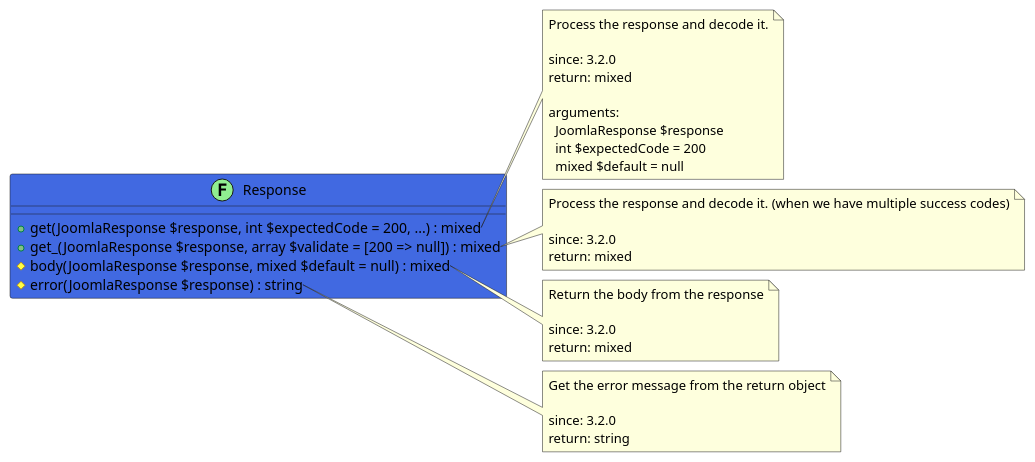
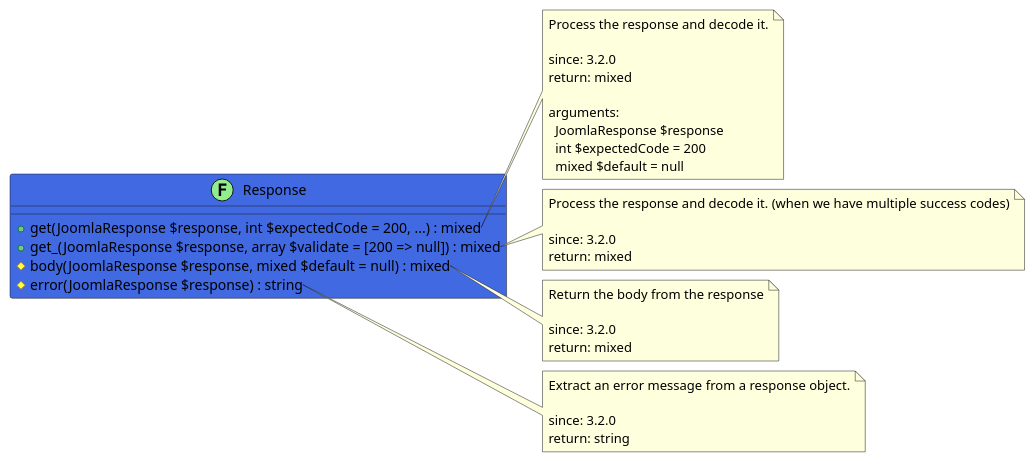
Before and after one commit to joomengine/gitea: the diagram in src/19eb68d7-1e19-4d14-a0ef-70d719c45e80/README.md, drawn with PlantUML. The commit also changed 116 other files, not shown here.

````diff
--- a/src/19eb68d7-1e19-4d14-a0ef-70d719c45e80/README.md
+++ b/src/19eb68d7-1e19-4d14-a0ef-70d719c45e80/README.md
@@ -12,44 +12,44 @@
 ```uml
 @startuml
 class Response << (F,LightGreen) >> #RoyalBlue {
   + get(JoomlaResponse $response, int $expectedCode = 200, ...) : mixed
   + get_(JoomlaResponse $response, array $validate = [200 => null]) : mixed
   # body(JoomlaResponse $response, mixed $default = null) : mixed
   # error(JoomlaResponse $response) : string
 }
 
 note right of Response::get
   Process the response and decode it.
 
   since: 3.2.0
   return: mixed
   
   arguments:
     JoomlaResponse $response
     int $expectedCode = 200
     mixed $default = null
 end note
 
 note right of Response::get_
   Process the response and decode it. (when we have multiple success codes)
 
   since: 3.2.0
   return: mixed
 end note
 
 note right of Response::body
   Return the body from the response
 
   since: 3.2.0
   return: mixed
 end note
 
 note right of Response::error
-  Get the error message from the return object
+  Extract an error message from a response object.
 
   since: 3.2.0
   return: string
 end note
  
 @enduml
 ```
````
